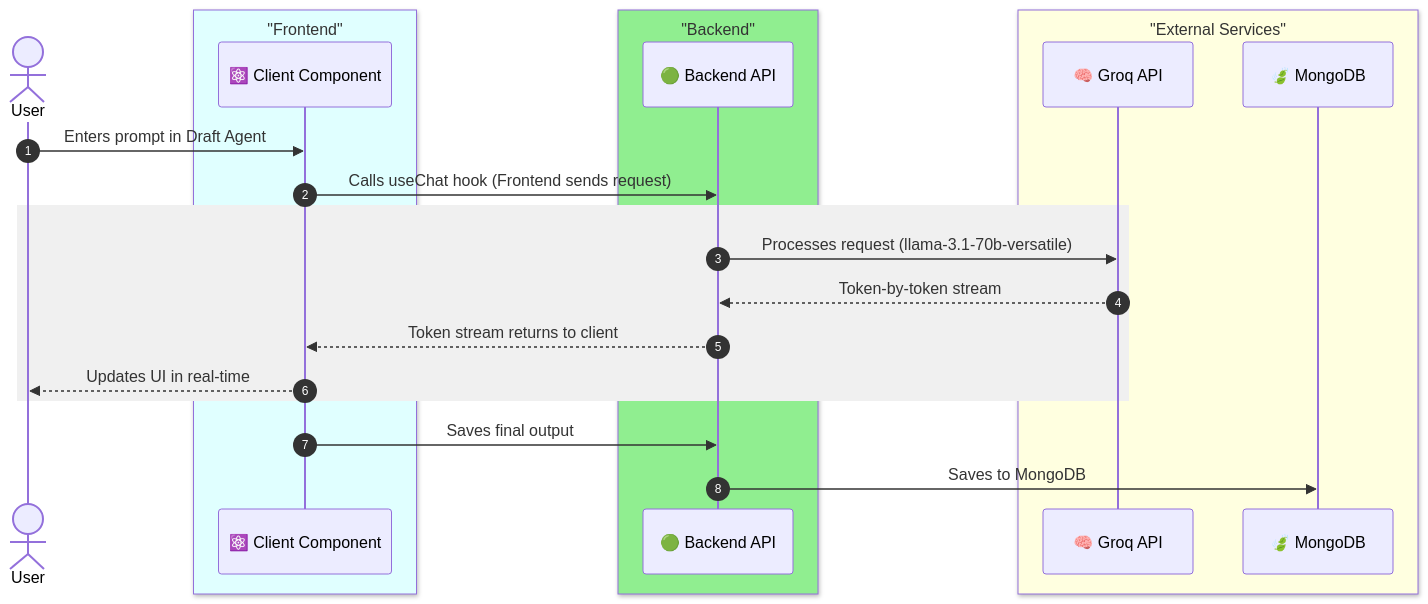
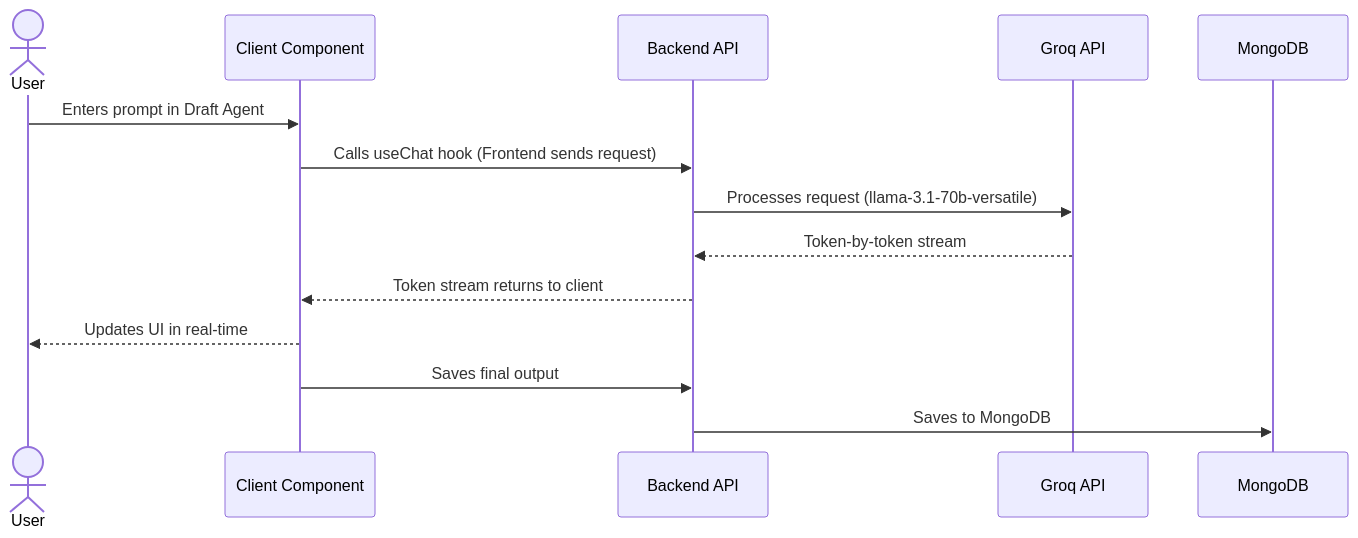
Before and after one commit to SiratimMChy/Writeflow-AI: the second of 4 diagrams in README.md, drawn with Mermaid. The commit also changed other lines of this file, not shown here.

First line of the commit message:
Refactor Software Architecture and flow diagrams

````diff
--- a/README.md
+++ b/README.md
@@ -280,31 +268,18 @@
 ```mermaid
 sequenceDiagram
-    autonumber
     actor User
-    
-    box LightCyan "Frontend"
-        participant Client as ⚛️ Client Component
-    end
-    
-    box LightGreen "Backend"
-        participant Backend as 🟢 Backend API
-    end
-    
-    box LightYellow "External Services"
-        participant Groq as 🧠 Groq API
-        participant DB as 🍃 MongoDB
-    end
+    participant Client as Client Component
+    participant Backend as Backend API
+    participant Groq as Groq API
+    participant DB as MongoDB
     
     User->>Client: Enters prompt in Draft Agent
     Client->>Backend: Calls useChat hook (Frontend sends request)
-    
-    rect rgb(240, 240, 240)
-        Backend->>Groq: Processes request (llama-3.1-70b-versatile)
-        Groq-->>Backend: Token-by-token stream
-        Backend-->>Client: Token stream returns to client
-        Client-->>User: Updates UI in real-time
-    end
-    
+    Backend->>Groq: Processes request (llama-3.1-70b-versatile)
+    Groq-->>Backend: Token-by-token stream
+    Backend-->>Client: Token stream returns to client
+    Client-->>User: Updates UI in real-time
     Client->>Backend: Saves final output
     Backend->>DB: Saves to MongoDB
+
 ```
````
